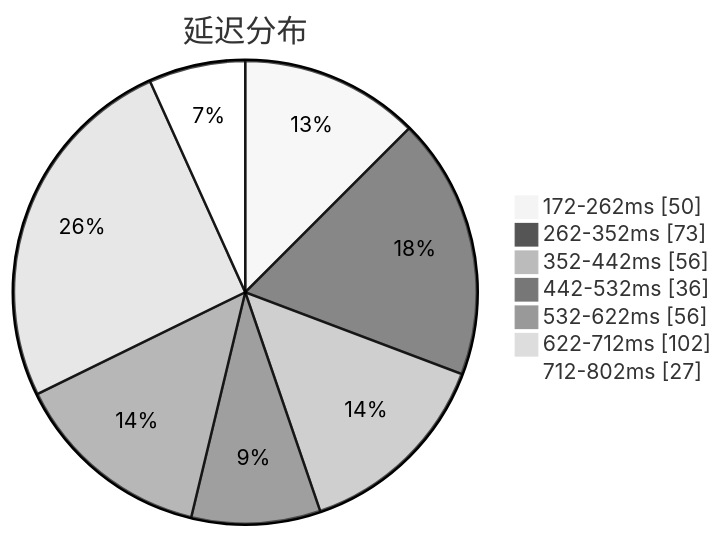
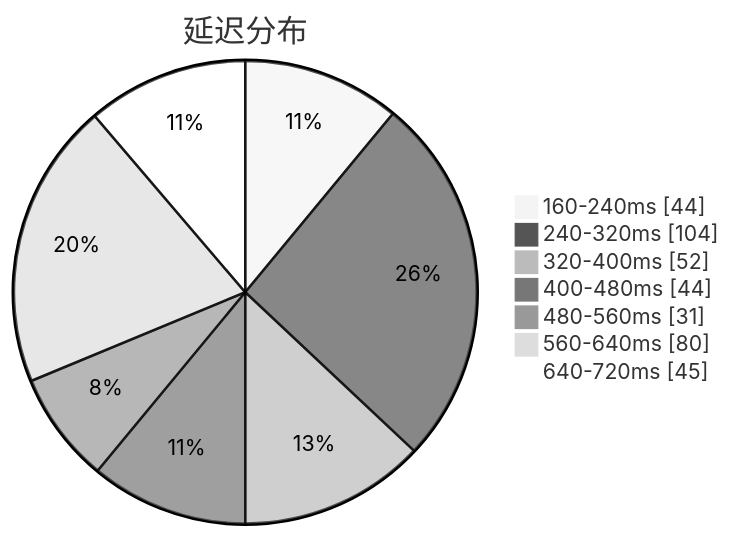
One commit to qjlxg/airport changed the first of 3 diagrams in subs/statistics/tested_within.md. Above: the diagram before and after it, drawn with Mermaid (neutral theme). The commit also changed other lines of this file and 2 other files, not shown here.

````diff
--- a/subs/statistics/tested_within.md
+++ b/subs/statistics/tested_within.md
@@ -2,11 +2,11 @@
 ```mermaid
 pie showData
 title 延迟分布
-"172-262ms" : 50
-"262-352ms" : 73
-"352-442ms" : 56
-"442-532ms" : 36
-"532-622ms" : 56
-"622-712ms" : 102
-"712-802ms" : 27
+"160-240ms" : 44
+"240-320ms" : 104
+"320-400ms" : 52
+"400-480ms" : 44
+"480-560ms" : 31
+"560-640ms" : 80
+"640-720ms" : 45
 ```
````
